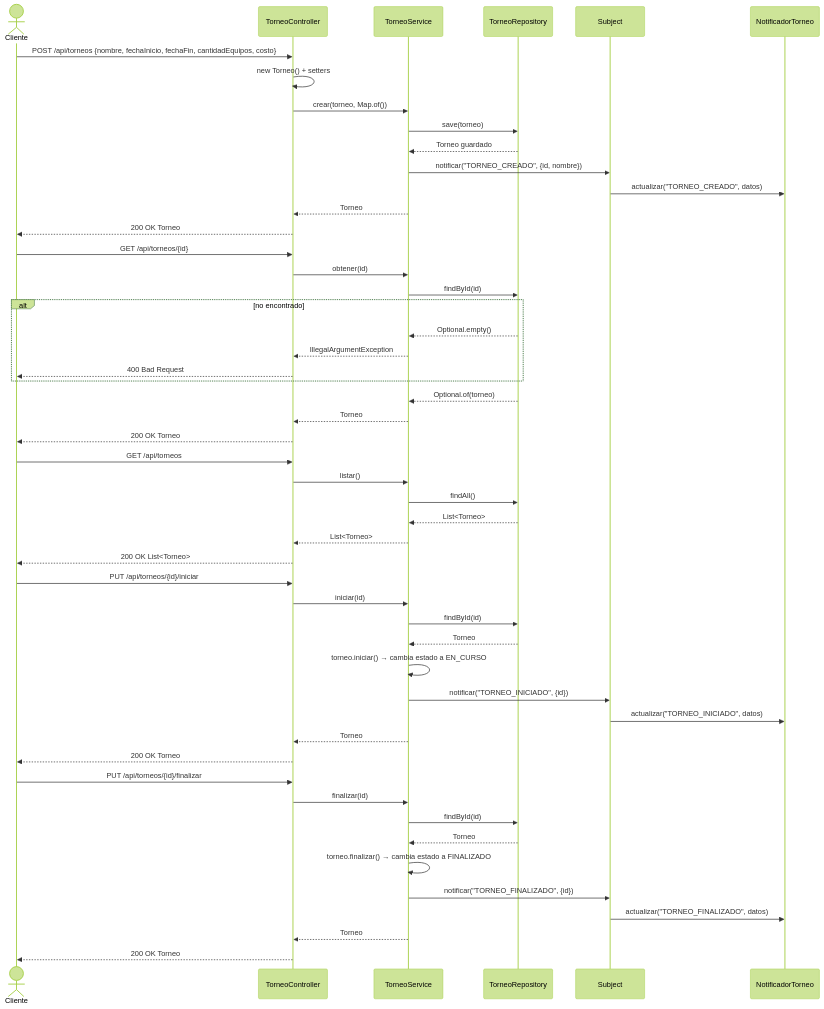
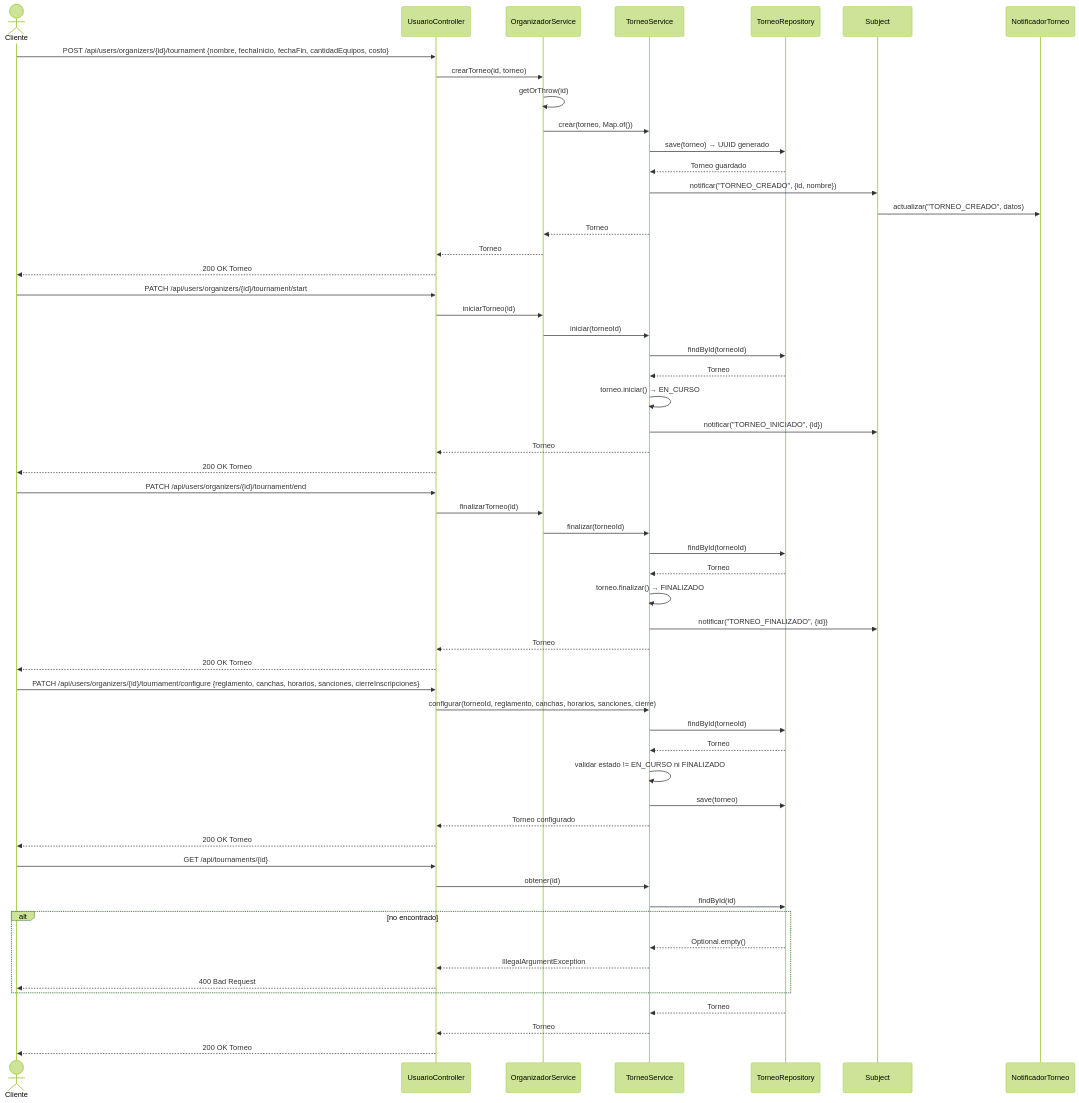
Before and after one commit to nglsz006/SFC_techcup-futbol: the diagram in docs/uml/diagramas-secuencia/03-torneos.md, drawn with Mermaid (forest theme). The commit also changed 22 other files, not shown here.

Commit message:
feat: UUID migration, OAuth2 fix, updated Mermaid diagrams and README Sprint 4

````diff
--- a/docs/uml/diagramas-secuencia/03-torneos.md
+++ b/docs/uml/diagramas-secuencia/03-torneos.md
@@ -3,63 +3,68 @@
 ```mermaid
 sequenceDiagram
     actor Cliente
-    participant TorneoController
+    participant UsuarioController
+    participant OrganizadorService
     participant TorneoService
     participant TorneoRepository
     participant Subject
     participant NotificadorTorneo
 
-    %% Crear torneo
-    Cliente->>TorneoController: POST /api/torneos {nombre, fechaInicio, fechaFin, cantidadEquipos, costo}
-    TorneoController->>TorneoController: new Torneo() + setters
-    TorneoController->>TorneoService: crear(torneo, Map.of())
-    TorneoService->>TorneoRepository: save(torneo)
+    %% Crear torneo via organizador
+    Cliente->>UsuarioController: POST /api/users/organizers/{id}/tournament {nombre, fechaInicio, fechaFin, cantidadEquipos, costo}
+    UsuarioController->>OrganizadorService: crearTorneo(id, torneo)
+    OrganizadorService->>OrganizadorService: getOrThrow(id)
+    OrganizadorService->>TorneoService: crear(torneo, Map.of())
+    TorneoService->>TorneoRepository: save(torneo) → UUID generado
     TorneoRepository-->>TorneoService: Torneo guardado
     TorneoService->>Subject: notificar("TORNEO_CREADO", {id, nombre})
     Subject->>NotificadorTorneo: actualizar("TORNEO_CREADO", datos)
-    TorneoService-->>TorneoController: Torneo
-    TorneoController-->>Cliente: 200 OK Torneo
+    TorneoService-->>OrganizadorService: Torneo
+    OrganizadorService-->>UsuarioController: Torneo
+    UsuarioController-->>Cliente: 200 OK Torneo
 
-    %% Obtener torneo
-    Cliente->>TorneoController: GET /api/torneos/{id}
-    TorneoController->>TorneoService: obtener(id)
+    %% Iniciar torneo
+    Cliente->>UsuarioController: PATCH /api/users/organizers/{id}/tournament/start
+    UsuarioController->>OrganizadorService: iniciarTorneo(id)
+    OrganizadorService->>TorneoService: iniciar(torneoId)
+    TorneoService->>TorneoRepository: findById(torneoId)
+    TorneoRepository-->>TorneoService: Torneo
+    TorneoService->>TorneoService: torneo.iniciar() → EN_CURSO
+    TorneoService->>Subject: notificar("TORNEO_INICIADO", {id})
+    TorneoService-->>UsuarioController: Torneo
+    UsuarioController-->>Cliente: 200 OK Torneo
+
+    %% Finalizar torneo
+    Cliente->>UsuarioController: PATCH /api/users/organizers/{id}/tournament/end
+    UsuarioController->>OrganizadorService: finalizarTorneo(id)
+    OrganizadorService->>TorneoService: finalizar(torneoId)
+    TorneoService->>TorneoRepository: findById(torneoId)
+    TorneoRepository-->>TorneoService: Torneo
+    TorneoService->>TorneoService: torneo.finalizar() → FINALIZADO
+    TorneoService->>Subject: notificar("TORNEO_FINALIZADO", {id})
+    TorneoService-->>UsuarioController: Torneo
+    UsuarioController-->>Cliente: 200 OK Torneo
+
+    %% Configurar torneo
+    Cliente->>UsuarioController: PATCH /api/users/organizers/{id}/tournament/configure {reglamento, canchas, horarios, sanciones, cierreInscripciones}
+    UsuarioController->>TorneoService: configurar(torneoId, reglamento, canchas, horarios, sanciones, cierre)
+    TorneoService->>TorneoRepository: findById(torneoId)
+    TorneoRepository-->>TorneoService: Torneo
+    TorneoService->>TorneoService: validar estado != EN_CURSO ni FINALIZADO
+    TorneoService->>TorneoRepository: save(torneo)
+    TorneoService-->>UsuarioController: Torneo configurado
+    UsuarioController-->>Cliente: 200 OK Torneo
+
+    %% Consultar torneo
+    Cliente->>UsuarioController: GET /api/tournaments/{id}
+    UsuarioController->>TorneoService: obtener(id)
     TorneoService->>TorneoRepository: findById(id)
     alt no encontrado
         TorneoRepository-->>TorneoService: Optional.empty()
-        TorneoService-->>TorneoController: IllegalArgumentException
-        TorneoController-->>Cliente: 400 Bad Request
+        TorneoService-->>UsuarioController: IllegalArgumentException
+        UsuarioController-->>Cliente: 400 Bad Request
     end
-    TorneoRepository-->>TorneoService: Optional.of(torneo)
-    TorneoService-->>TorneoController: Torneo
-    TorneoController-->>Cliente: 200 OK Torneo
-
-    %% Listar torneos
-    Cliente->>TorneoController: GET /api/torneos
-    TorneoController->>TorneoService: listar()
-    TorneoService->>TorneoRepository: findAll()
-    TorneoRepository-->>TorneoService: List<Torneo>
-    TorneoService-->>TorneoController: List<Torneo>
-    TorneoController-->>Cliente: 200 OK List<Torneo>
-
-    %% Iniciar torneo
-    Cliente->>TorneoController: PUT /api/torneos/{id}/iniciar
-    TorneoController->>TorneoService: iniciar(id)
-    TorneoService->>TorneoRepository: findById(id)
     TorneoRepository-->>TorneoService: Torneo
-    TorneoService->>TorneoService: torneo.iniciar() → cambia estado a EN_CURSO
-    TorneoService->>Subject: notificar("TORNEO_INICIADO", {id})
-    Subject->>NotificadorTorneo: actualizar("TORNEO_INICIADO", datos)
-    TorneoService-->>TorneoController: Torneo
-    TorneoController-->>Cliente: 200 OK Torneo
-
-    %% Finalizar torneo
-    Cliente->>TorneoController: PUT /api/torneos/{id}/finalizar
-    TorneoController->>TorneoService: finalizar(id)
-    TorneoService->>TorneoRepository: findById(id)
-    TorneoRepository-->>TorneoService: Torneo
-    TorneoService->>TorneoService: torneo.finalizar() → cambia estado a FINALIZADO
-    TorneoService->>Subject: notificar("TORNEO_FINALIZADO", {id})
-    Subject->>NotificadorTorneo: actualizar("TORNEO_FINALIZADO", datos)
-    TorneoService-->>TorneoController: Torneo
-    TorneoController-->>Cliente: 200 OK Torneo
+    TorneoService-->>UsuarioController: Torneo
+    UsuarioController-->>Cliente: 200 OK Torneo
 ```
````
